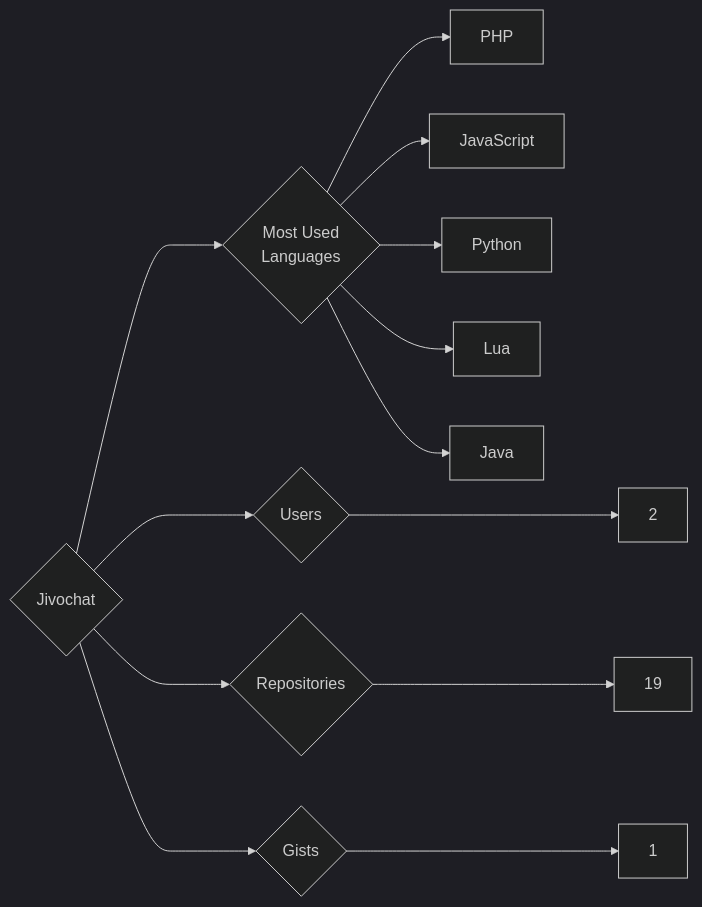
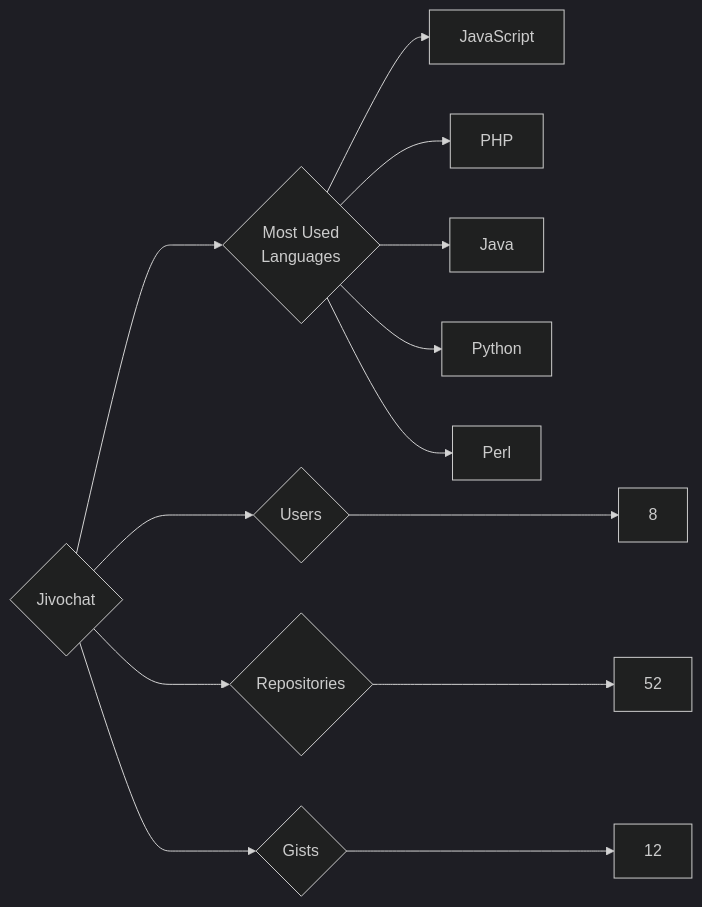
The diagram in targets/Jivochat/README.md (trickest/insiders), drawn with Mermaid (dark theme) before and after one commit. The commit also changed 837 other files, not shown here.

````diff
--- a/targets/Jivochat/README.md
+++ b/targets/Jivochat/README.md
@@ -3,13 +3,13 @@
 ```mermaid
 graph LR
 COMPANY_NAME{Jivochat}
-COMPANY_NAME ---> U{Users} ---> UN[2]
-COMPANY_NAME ---> R{Repositories} ---> RN[19]
-COMPANY_NAME ---> G{Gists} ---> GN[1]
+COMPANY_NAME ---> U{Users} ---> UN[8]
+COMPANY_NAME ---> R{Repositories} ---> RN[52]
+COMPANY_NAME ---> G{Gists} ---> GN[12]
 COMPANY_NAME ---> ML{Most Used<br>Languages}
+ML --> JavaScript[JavaScript]
 ML --> PHP[PHP]
-ML --> JavaScript[JavaScript]
+ML --> Java[Java]
 ML --> Python[Python]
-ML --> Lua[Lua]
-ML --> Java[Java]
+ML --> Perl[Perl]
 ```
````
